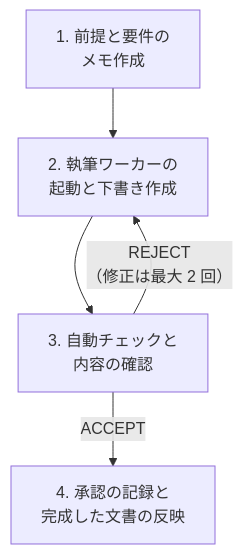
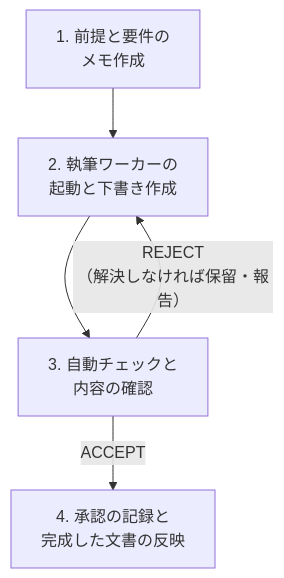
One commit to shunk031/zenn-contents changed the first of 2 diagrams in articles/agy-gemini-japanese-skill.md. Above: the diagram before and after it, drawn with Mermaid. The commit also changed other lines of this file, not shown here.

````diff
--- a/articles/agy-gemini-japanese-skill.md
+++ b/articles/agy-gemini-japanese-skill.md
@@ -99,7 +99,7 @@
 ```mermaid
 flowchart TD
     step1["1. 前提と要件の<br>メモ作成"] --> step2["2. 執筆ワーカーの<br>起動と下書き作成"]
     step2 --> step3["3. 自動チェックと<br>内容の確認"]
-    step3 -- "REJECT<br>（修正は最大 2 回）" --> step2
+    step3 -- "REJECT<br>（解決しなければ保留・報告）" --> step2
     step3 -- "ACCEPT" --> step4["4. 承認の記録と<br>完成した文書の反映"]
 ```
````
